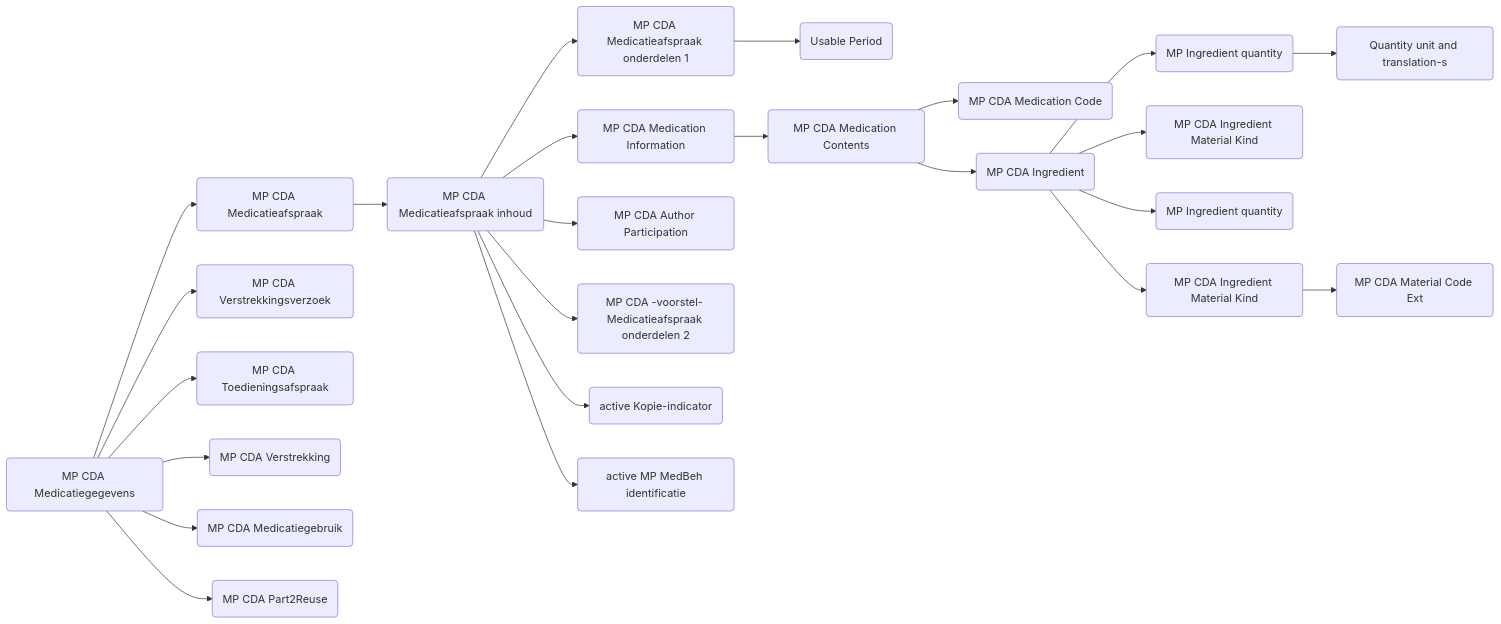
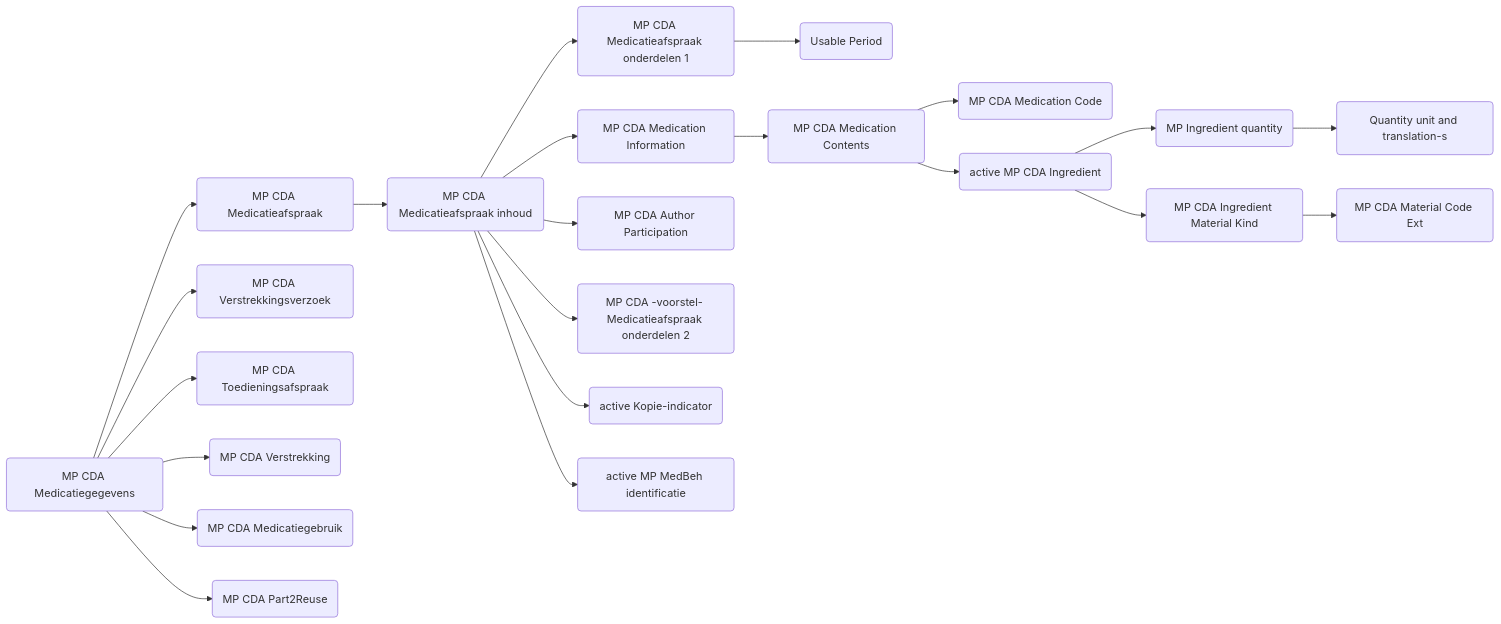
One commit to Duometis/overbrugging changed the second of 2 diagrams in Medication2.md. Above: the diagram before and after it, drawn with Mermaid.

Commit message:
Refactor Medication2.md by removing redundant lines
Removed redundant mappings for MP CDA Ingredient.

````diff
--- a/Medication2.md
+++ b/Medication2.md
@@ -20,26 +20,24 @@
 ```mermaid
 flowchart LR
 1(MP CDA Medicatiegegevens) --> 2(MP CDA Medicatieafspraak)
 2(MP CDA Medicatieafspraak) --> 3(MP CDA Medicatieafspraak inhoud)
 3(MP CDA Medicatieafspraak inhoud) --> 11(MP CDA Medicatieafspraak onderdelen 1)
 11(MP CDA Medicatieafspraak onderdelen 1) --> 21(Usable Period)
 3(MP CDA Medicatieafspraak inhoud) --> 12(MP CDA Medication Information)
 12(MP CDA Medication Information) --> 31(MP CDA Medication Contents)
 31(MP CDA Medication Contents) --> 41(MP CDA Medication Code)
 31(MP CDA Medication Contents) --> 42(MP CDA Ingredient)
 42(active MP CDA Ingredient) --> 51(MP Ingredient quantity)
 42(active MP CDA Ingredient) --> 81(MP CDA Ingredient Material Kind)
 81(MP CDA Ingredient Material Kind) --> 91(MP CDA Material Code Ext)
 51(MP Ingredient quantity) --> 61(Quantity unit and translation-s)
-42(MP CDA Ingredient) --> 52(MP CDA Ingredient Material Kind)
-42(MP CDA Ingredient) --> 53(MP Ingredient quantity)
 3(MP CDA Medicatieafspraak inhoud) --> 13(MP CDA Author Participation)
 3(MP CDA Medicatieafspraak inhoud) --> 14(MP CDA -voorstel- Medicatieafspraak onderdelen 2)
 3(MP CDA Medicatieafspraak inhoud) --> 15(active Kopie-indicator)
 3(MP CDA Medicatieafspraak inhoud) --> 16(active MP MedBeh identificatie)
 1(MP CDA Medicatiegegevens) --> 4(MP CDA Verstrekkingsverzoek)
 1(MP CDA Medicatiegegevens) --> 5(MP CDA Toedieningsafspraak)
 1(MP CDA Medicatiegegevens) --> 6(MP CDA Verstrekking)
 1(MP CDA Medicatiegegevens) --> 7(MP CDA Medicatiegebruik)
 1(MP CDA Medicatiegegevens) --> 8(MP CDA Part2Reuse) 
 ```
````
